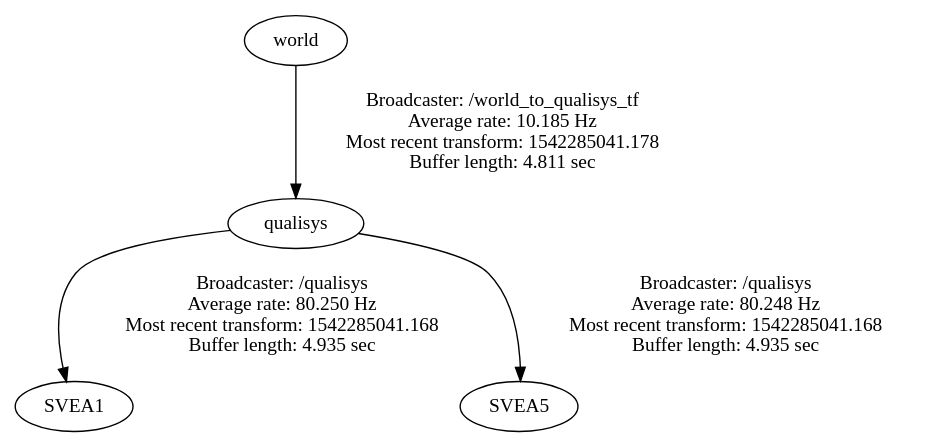
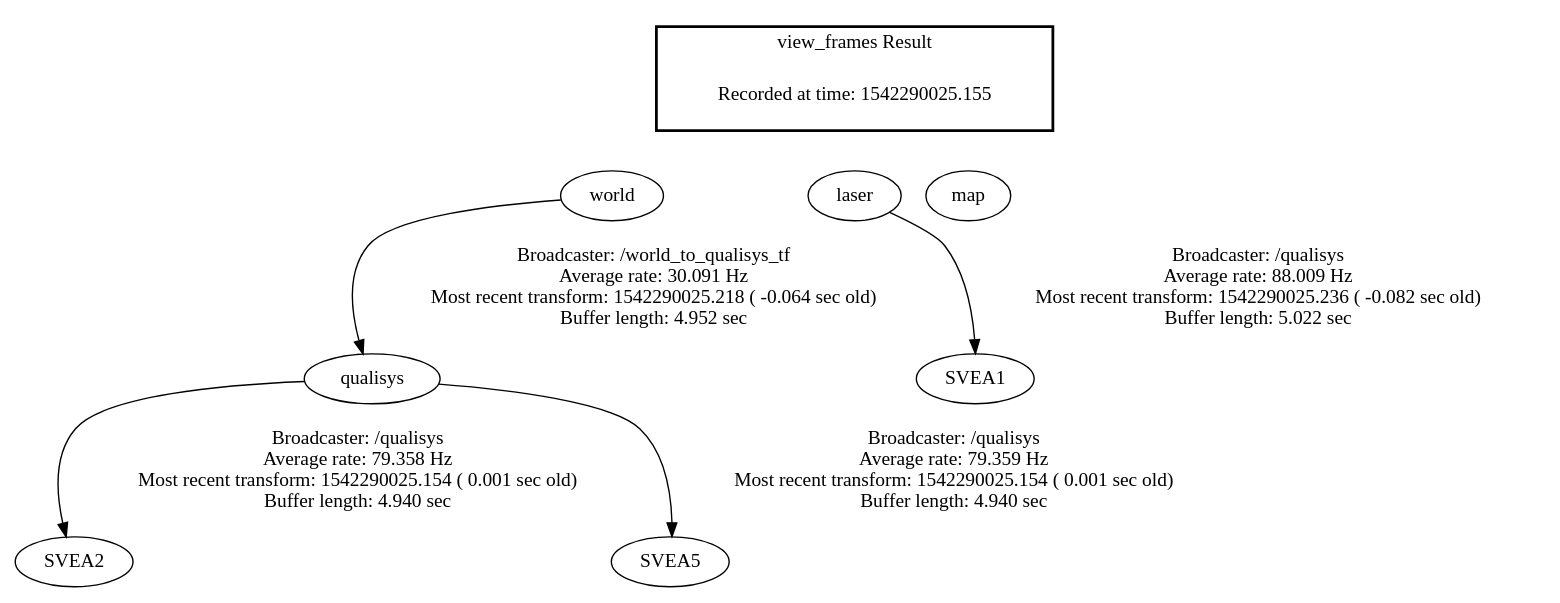
One commit to JiongruiHu/El2425_Automatic_Control_Group1 changed the diagram in frames.gv. Above: the diagram before and after it, drawn with Graphviz. The commit also changed 1 other file, not shown here.

```diff
--- a/frames.gv
+++ b/frames.gv
@@ -1,5 +1,18 @@
 digraph G {
-"qualisys" -> "SVEA1"[label="Broadcaster: /qualisys\nAverage rate: 80.250 Hz\nMost recent transform: 1542285041.168 \nBuffer length: 4.935 sec\n"];
-"world" -> "qualisys"[label="Broadcaster: /world_to_qualisys_tf\nAverage rate: 10.185 Hz\nMost recent transform: 1542285041.178 \nBuffer length: 4.811 sec\n"];
-"qualisys" -> "SVEA5"[label="Broadcaster: /qualisys\nAverage rate: 80.248 Hz\nMost recent transform: 1542285041.168 \nBuffer length: 4.935 sec\n"];
+"world" -> "qualisys"[label="Broadcaster: /world_to_qualisys_tf\nAverage rate: 30.091 Hz\nMost recent transform: 1542290025.218 ( -0.064 sec old)\nBuffer length: 4.952 sec\n"];
+"laser" -> "SVEA1"[label="Broadcaster: /qualisys\nAverage rate: 88.009 Hz\nMost recent transform: 1542290025.236 ( -0.082 sec old)\nBuffer length: 5.022 sec\n"];
+"qualisys" -> "SVEA2"[label="Broadcaster: /qualisys\nAverage rate: 79.358 Hz\nMost recent transform: 1542290025.154 ( 0.001 sec old)\nBuffer length: 4.940 sec\n"];
+"qualisys" -> "SVEA5"[label="Broadcaster: /qualisys\nAverage rate: 79.359 Hz\nMost recent transform: 1542290025.154 ( 0.001 sec old)\nBuffer length: 4.940 sec\n"];
+edge [style=invis];
+ subgraph cluster_legend { style=bold; color=black; label ="view_frames Result";
+"Recorded at time: 1542290025.155"[ shape=plaintext ] ;
+ }->"world";
+edge [style=invis];
+ subgraph cluster_legend { style=bold; color=black; label ="view_frames Result";
+"Recorded at time: 1542290025.155"[ shape=plaintext ] ;
+ }->"map";
+edge [style=invis];
+ subgraph cluster_legend { style=bold; color=black; label ="view_frames Result";
+"Recorded at time: 1542290025.155"[ shape=plaintext ] ;
+ }->"laser";
 }
```
